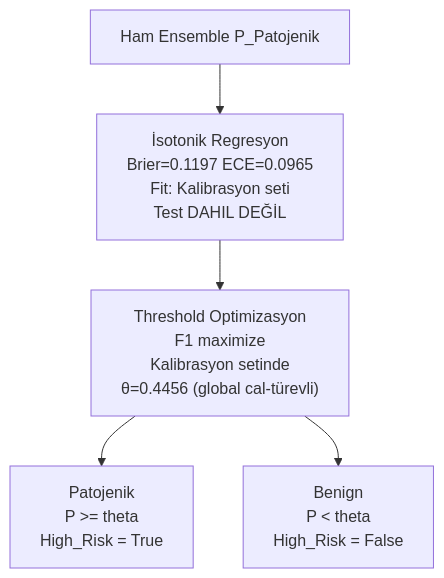
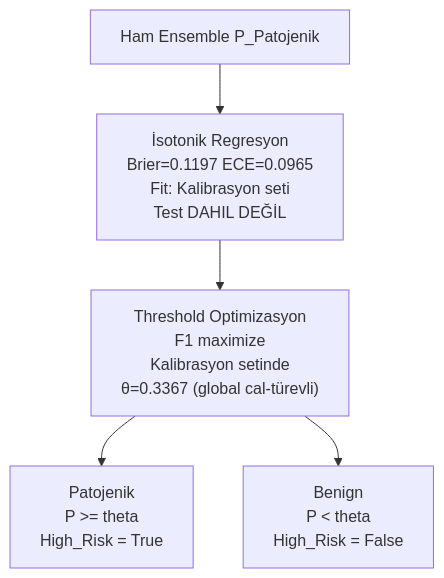
One commit to msgxr/VARIANT-GNN changed diagram 14 of 16 in README.md. Above: the diagram before and after it, drawn with Mermaid. The commit also changed other lines of this file and 11 other files, not shown here.

````diff
--- a/README.md
+++ b/README.md
@@ -711,12 +711,12 @@
 ```mermaid
 flowchart TD
     R["Ham Ensemble P_Patojenik"]
     ISO["İsotonik Regresyon\nBrier=0.1197  ECE=0.0965\nFit: Kalibrasyon seti\nTest DAHIL DEĞİL"]
-    TH["Threshold Optimizasyon\nF1 maximize\nKalibrasyon setinde\nθ=0.4456 (global cal-türevli)"]
+    TH["Threshold Optimizasyon\nF1 maximize\nKalibrasyon setinde\nθ=0.3367 (global cal-türevli)"]
     PAT["Patojenik\nP >= theta\nHigh_Risk = True"]
     BEN["Benign\nP < theta\nHigh_Risk = False"]
 
     R --> ISO --> TH
     TH --> PAT
     TH --> BEN
 ```
````
